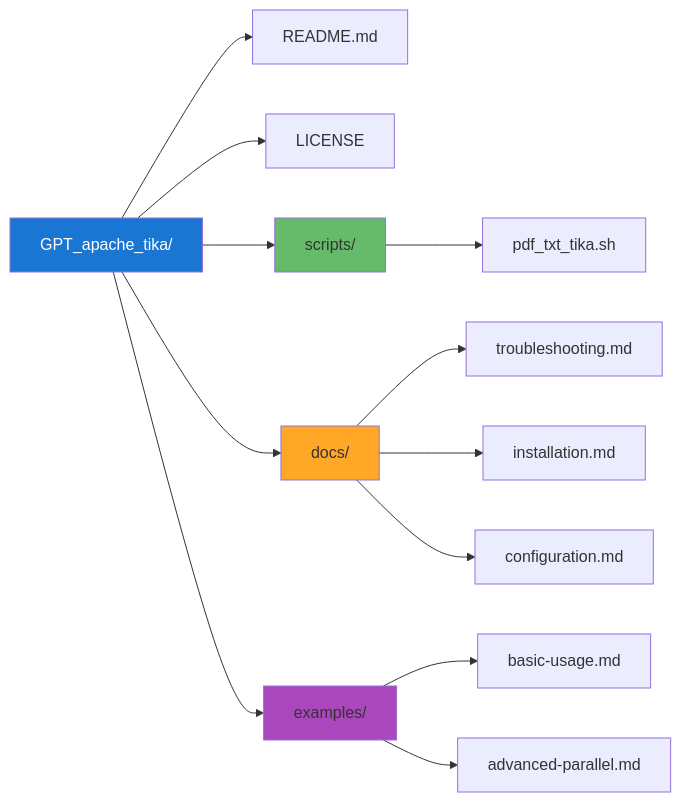
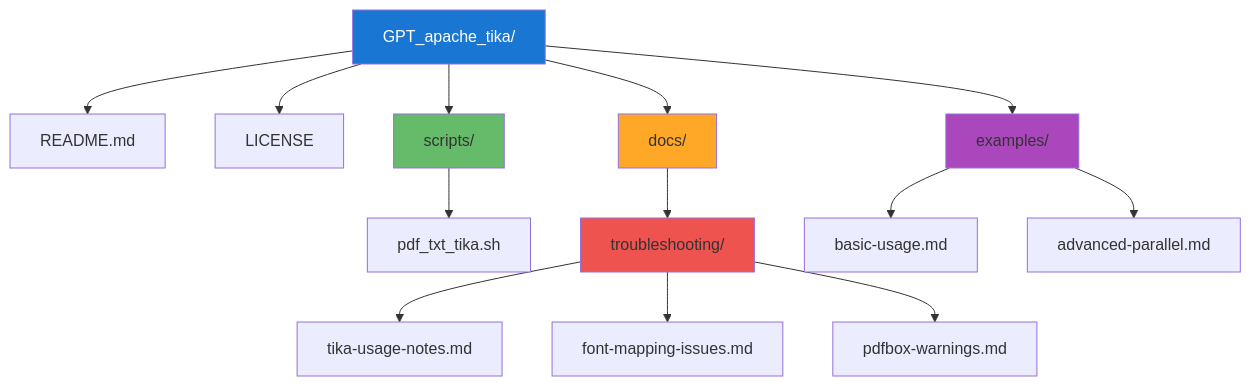
Before and after one commit to danindiana/GPT_apache_tika: the fourth of 13 diagrams in README.md, drawn with Mermaid. The commit also changed other lines of this file and 6 other files, not shown here.

````diff
--- a/README.md
+++ b/README.md
@@ -160,22 +162,24 @@
 ```mermaid
-graph LR
+graph TB
     A[GPT_apache_tika/] --> B[README.md]
     A --> C[LICENSE]
     A --> D[scripts/]
     A --> E[docs/]
     A --> F[examples/]
 
     D --> D1[pdf_txt_tika.sh]
 
-    E --> E1[troubleshooting.md]
-    E --> E2[installation.md]
-    E --> E3[configuration.md]
+    E --> E1[troubleshooting/]
+    E1 --> E2[tika-usage-notes.md]
+    E1 --> E3[font-mapping-issues.md]
+    E1 --> E4[pdfbox-warnings.md]
 
     F --> F1[basic-usage.md]
     F --> F2[advanced-parallel.md]
 
     style A fill:#1976d2,color:#fff
     style D fill:#66bb6a
     style E fill:#ffa726
     style F fill:#ab47bc
+    style E1 fill:#ef5350
 ```
````
